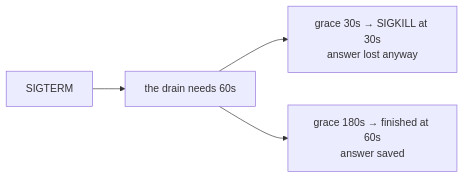
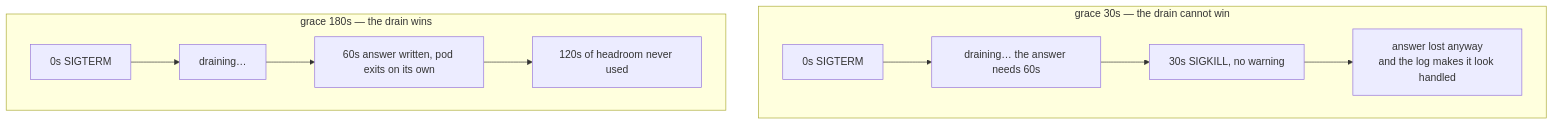
One commit to selvakumarperumal/Corporate_Filing_Analyzer_Agent changed the eighth of 17 diagrams in docs/TESTING-SCALING.md. Above: the diagram before and after it, drawn with Mermaid. The commit also changed other lines of this file, not shown here.

Commit message:
docs: enrich scaling test breakdowns with detailed sequence flows, SQL examples, and negative test rigs

````diff
--- a/docs/TESTING-SCALING.md
+++ b/docs/TESTING-SCALING.md
@@ -317,6 +518,13 @@
 ```mermaid
-flowchart LR
-  T["SIGTERM"] --> D["the drain needs 60s"]
-  D --> A["grace 30s → SIGKILL at 30s<br/>answer lost anyway"]
-  D --> B["grace 180s → finished at 60s<br/>answer saved"]
+flowchart TB
+  subgraph bad["grace 30s — the drain cannot win"]
+    B0["0s SIGTERM"] --> B1["draining… the answer needs 60s"]
+    B1 --> B2["30s SIGKILL, no warning"]
+    B2 --> B3["answer lost anyway<br/>and the log makes it look handled"]
+  end
+  subgraph good["grace 180s — the drain wins"]
+    G0["0s SIGTERM"] --> G1["draining…"]
+    G1 --> G2["60s answer written, pod exits on its own"]
+    G2 --> G3["120s of headroom never used"]
+  end
 ```
````
